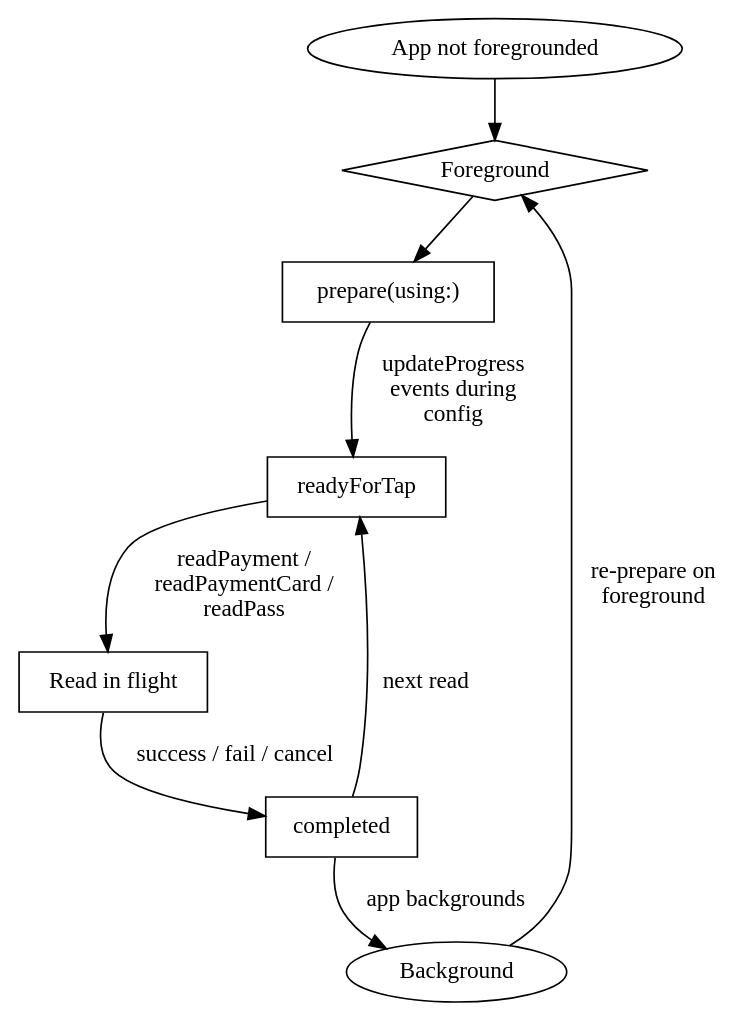
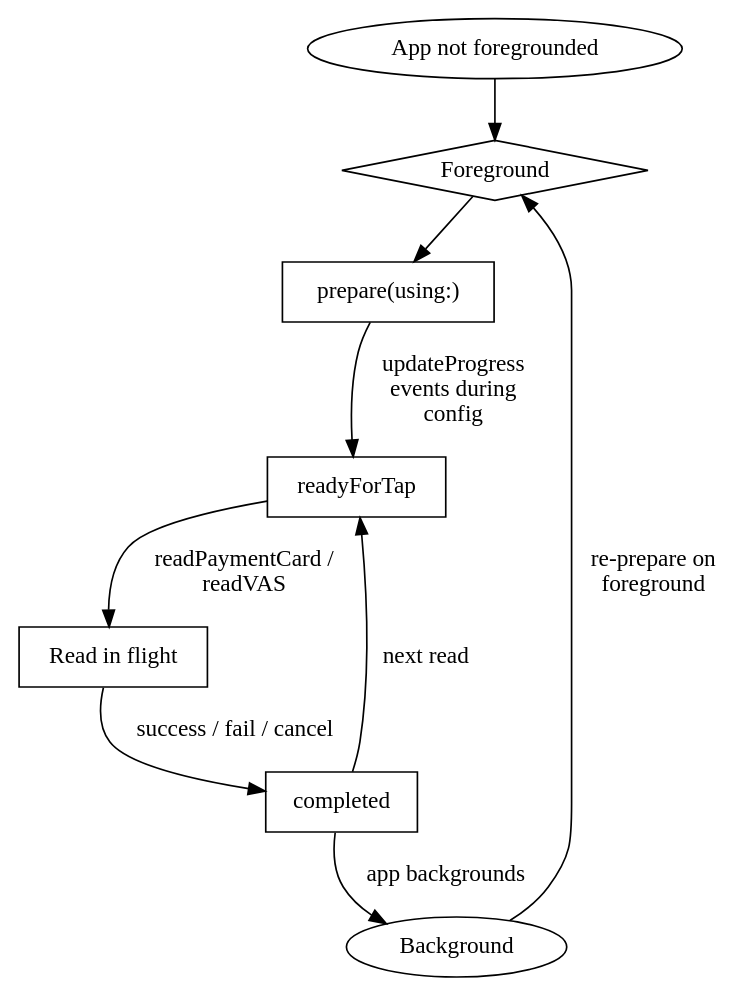
One commit to CharlesWiltgen/Axiom changed the diagram in .claude-plugin/plugins/axiom/skills/axiom-payments/skills/tap-to-pay-ref.md. Above: the diagram before and after it, drawn with Graphviz. The commit also changed other lines of this file and 102 other files, not shown here.

````diff
--- a/.claude-plugin/plugins/axiom/skills/axiom-payments/skills/tap-to-pay-ref.md
+++ b/.claude-plugin/plugins/axiom/skills/axiom-payments/skills/tap-to-pay-ref.md
@@ -151,20 +161,20 @@
 ```dot
 digraph pipeline {
     "App not foregrounded" [shape=ellipse];
     "Foreground" [shape=diamond];
     "prepare(using:)" [shape=box];
     "readyForTap" [shape=box];
     "Read in flight" [shape=box];
     "completed" [shape=box];
     "Background" [shape=ellipse];
 
     "App not foregrounded" -> "Foreground";
     "Foreground" -> "prepare(using:)";
     "prepare(using:)" -> "readyForTap" [label="updateProgress\nevents during\nconfig"];
-    "readyForTap" -> "Read in flight" [label="readPayment /\nreadPaymentCard /\nreadPass"];
+    "readyForTap" -> "Read in flight" [label="readPaymentCard /\nreadVAS"];
     "Read in flight" -> "completed" [label="success / fail / cancel"];
     "completed" -> "readyForTap" [label="next read"];
     "completed" -> "Background" [label="app backgrounds"];
     "Background" -> "Foreground" [label="re-prepare on\nforeground"];
 }
 ```
````
